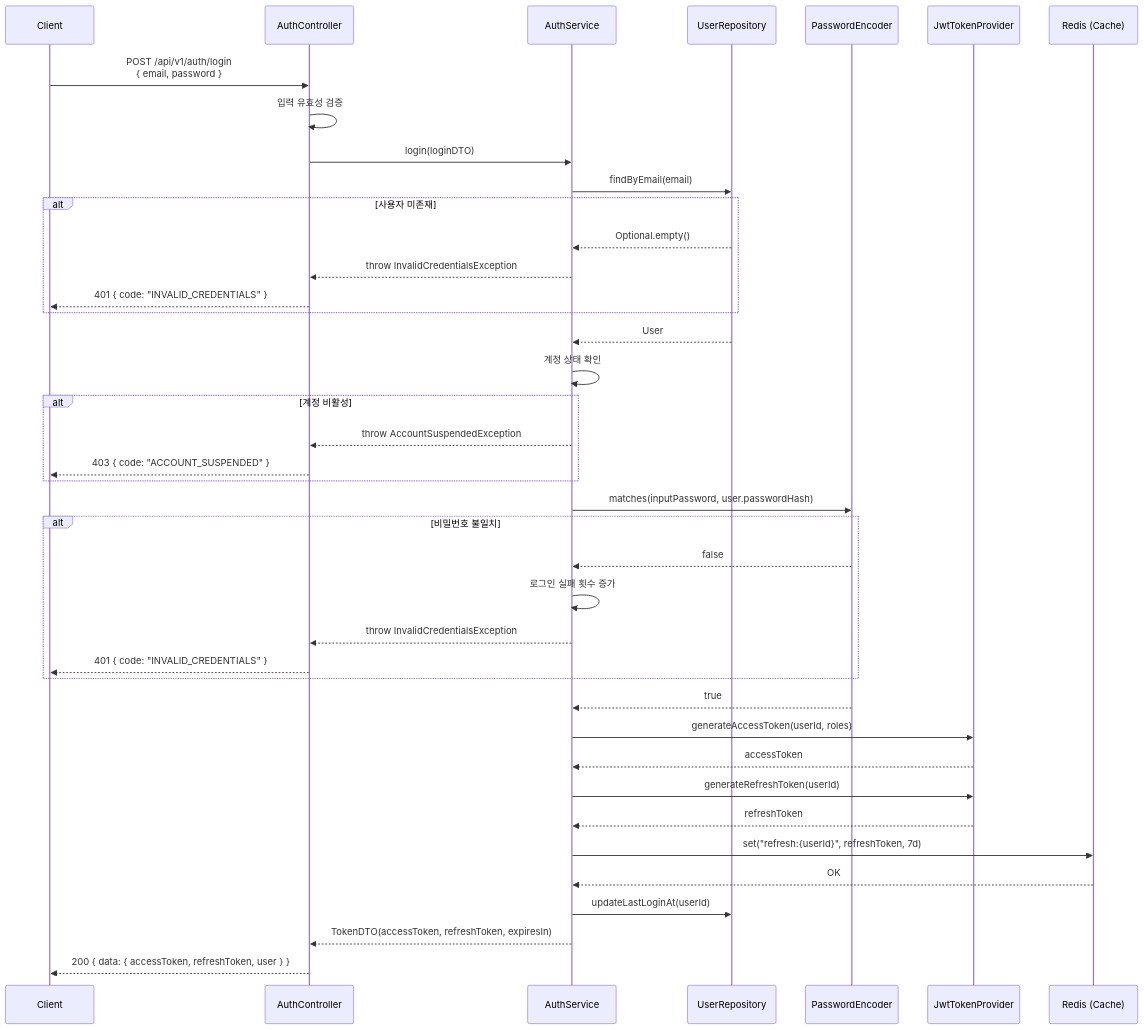
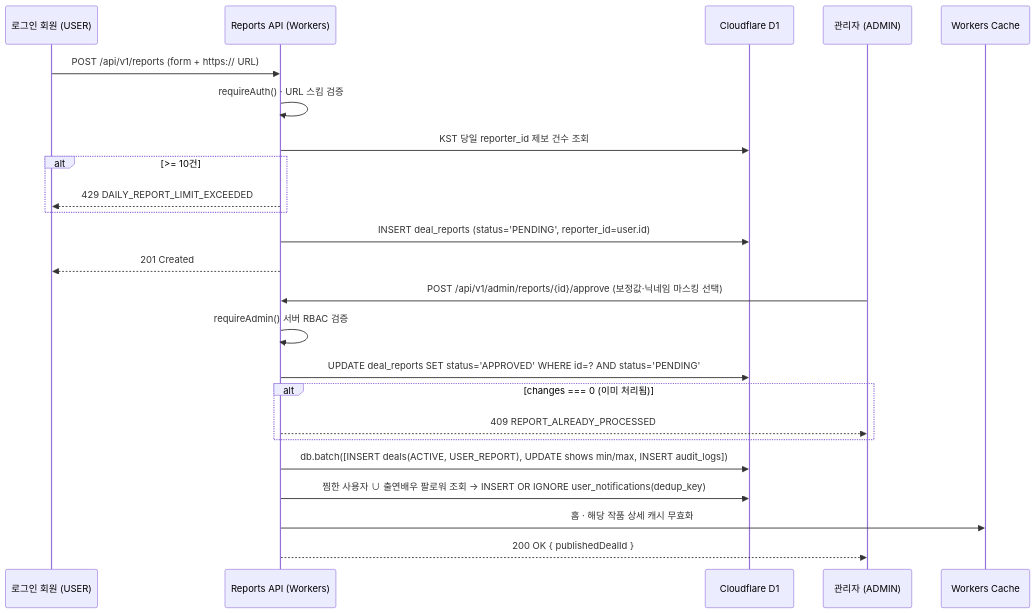
Before and after one commit to enhn16/MuDeal: the first of 4 diagrams in waterfall/03-상세설계/상세설계서.md, drawn with Mermaid. The commit also changed other lines of this file and 11 other files, not shown here.

````diff
--- a/waterfall/03-상세설계/상세설계서.md
+++ b/waterfall/03-상세설계/상세설계서.md
@@ -392,51 +67,28 @@
 ```mermaid
 sequenceDiagram
-    participant Client
-    participant Controller as AuthController
-    participant Service as AuthService
-    participant UserRepo as UserRepository
-    participant PasswordEnc as PasswordEncoder
-    participant JwtProvider as JwtTokenProvider
-    participant Cache as Redis (Cache)
+    participant User as 로그인 회원 (USER)
+    participant API as Reports API (Workers)
+    participant D1 as Cloudflare D1
+    participant Admin as 관리자 (ADMIN)
+    participant Cache as Workers Cache
 
-    Client->>Controller: POST /api/v1/auth/login<br/>{ email, password }
-    Controller->>Controller: 입력 유효성 검증
-    Controller->>Service: login(loginDTO)
+    User->>API: POST /api/v1/reports (form + https:// URL)
+    API->>API: requireAuth() · URL 스킴 검증
+    API->>D1: KST 당일 reporter_id 제보 건수 조회
+    alt >= 10건
+        API-->>User: 429 DAILY_REPORT_LIMIT_EXCEEDED
+    end
+    API->>D1: INSERT deal_reports (status='PENDING', reporter_id=user.id)
+    API-->>User: 201 Created
 
-    Service->>UserRepo: findByEmail(email)
-    alt 사용자 미존재
-        UserRepo-->>Service: Optional.empty()
-        Service-->>Controller: throw InvalidCredentialsException
-        Controller-->>Client: 401 { code: "INVALID_CREDENTIALS" }
+    Admin->>API: POST /api/v1/admin/reports/{id}/approve (보정값·닉네임 마스킹 선택)
+    API->>API: requireAdmin() 서버 RBAC 검증
+    API->>D1: UPDATE deal_reports SET status='APPROVED' WHERE id=? AND status='PENDING'
+    alt changes === 0 (이미 처리됨)
+        API-->>Admin: 409 REPORT_ALREADY_PROCESSED
     end
-    UserRepo-->>Service: User
-
-    Service->>Service: 계정 상태 확인
-    alt 계정 비활성
-        Service-->>Controller: throw AccountSuspendedException
-        Controller-->>Client: 403 { code: "ACCOUNT_SUSPENDED" }
-    end
-
-    Service->>PasswordEnc: matches(inputPassword, user.passwordHash)
-    alt 비밀번호 불일치
-        PasswordEnc-->>Service: false
-        Service->>Service: 로그인 실패 횟수 증가
-        Service-->>Controller: throw InvalidCredentialsException
-        Controller-->>Client: 401 { code: "INVALID_CREDENTIALS" }
-    end
-    PasswordEnc-->>Service: true
-
-    Service->>JwtProvider: generateAccessToken(userId, roles)
-    JwtProvider-->>Service: accessToken
-
-    Service->>JwtProvider: generateRefreshToken(userId)
-    JwtProvider-->>Service: refreshToken
-
-    Service->>Cache: set("refresh:{userId}", refreshToken, 7d)
-    Cache-->>Service: OK
-
-    Service->>UserRepo: updateLastLoginAt(userId)
-
-    Service-->>Controller: TokenDTO(accessToken, refreshToken, expiresIn)
-    Controller-->>Client: 200 { data: { accessToken, refreshToken, user } }
+    API->>D1: db.batch([INSERT deals(ACTIVE, USER_REPORT), UPDATE shows min/max, INSERT audit_logs])
+    API->>D1: 찜한 사용자 ∪ 출연배우 팔로워 조회 → INSERT OR IGNORE user_notifications(dedup_key)
+    API->>Cache: 홈 · 해당 작품 상세 캐시 무효화
+    API-->>Admin: 200 OK { publishedDealId }
 ```
````
